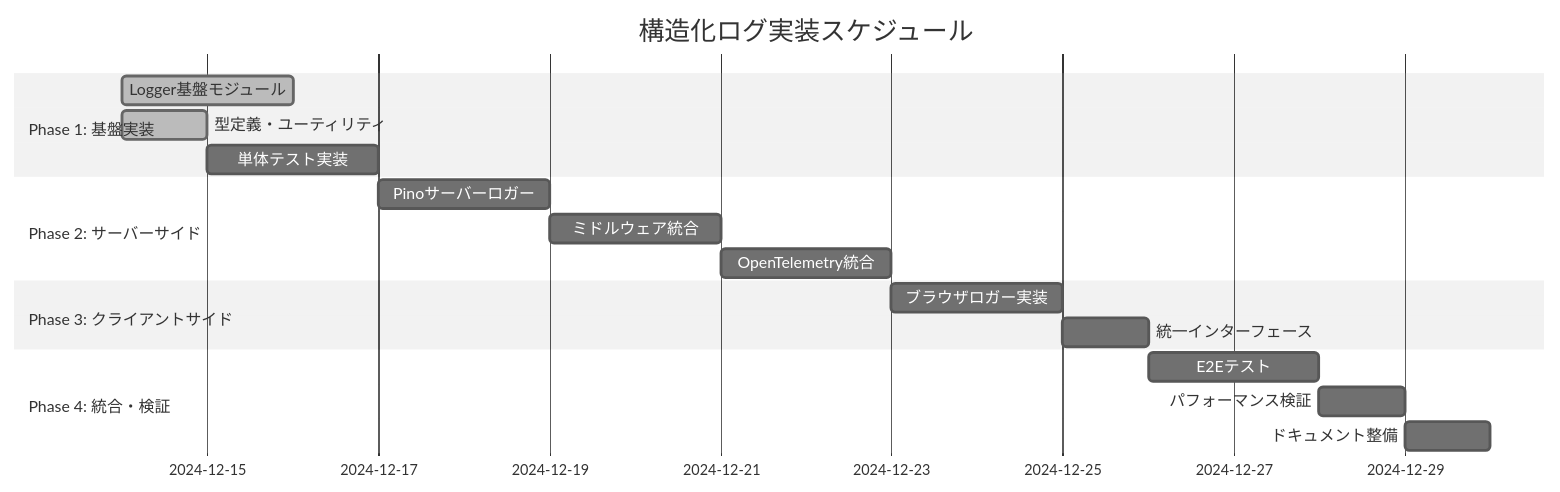
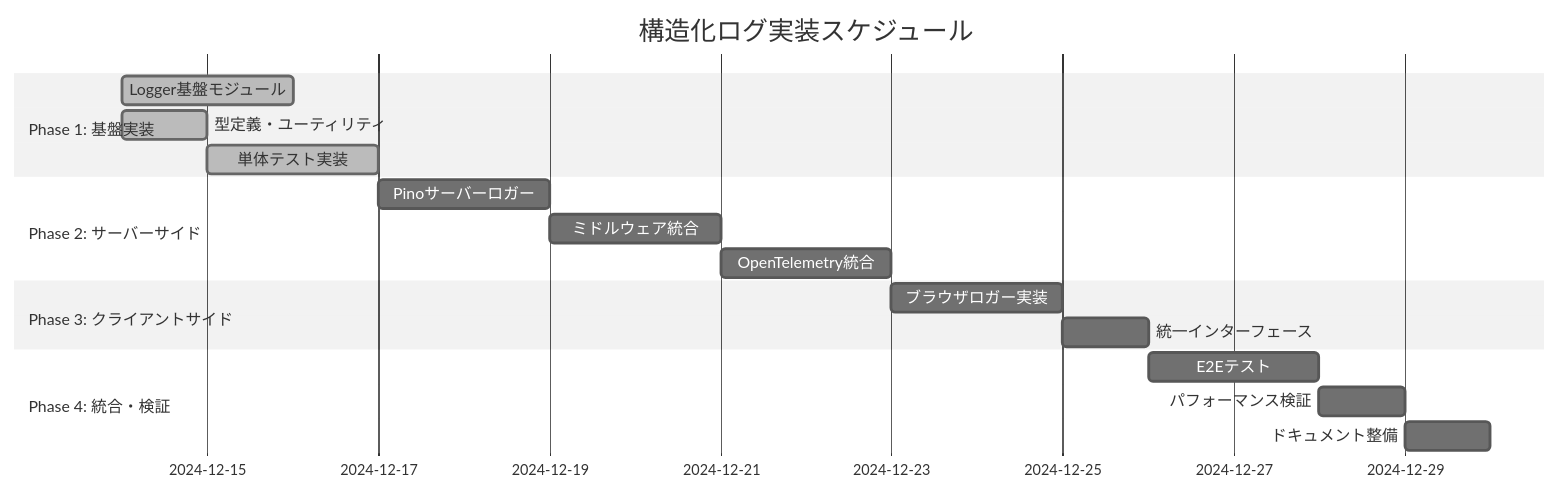
One commit to ylabo0717/nextjs-boilerplate changed the first of 2 diagrams in docs/work_dir/structured-logging-implementation-plan.md. Above: the diagram before and after it, drawn with Mermaid (neutral theme). The commit also changed other lines of this file and 14 other files, not shown here.

````diff
--- a/docs/work_dir/structured-logging-implementation-plan.md
+++ b/docs/work_dir/structured-logging-implementation-plan.md
@@ -12,23 +12,23 @@
 ```mermaid
 gantt
     title 構造化ログ実装スケジュール
     dateFormat  YYYY-MM-DD
     section Phase 1: 基盤実装
     Logger基盤モジュール     :done, p1-1, 2024-12-14, 2d
     型定義・ユーティリティ  :done, p1-2, 2024-12-14, 1d
-    単体テスト実装          :p1-3, after p1-2, 2d
+    単体テスト実装          :done, p1-3, after p1-2, 2d
 
     section Phase 2: サーバーサイド
     Pinoサーバーロガー     :p2-1, after p1-3, 2d
     ミドルウェア統合       :p2-2, after p2-1, 2d
     OpenTelemetry統合      :p2-3, after p2-2, 2d
 
     section Phase 3: クライアントサイド
     ブラウザロガー実装     :p3-1, after p2-3, 2d
     統一インターフェース   :p3-2, after p3-1, 1d
 
     section Phase 4: 統合・検証
     E2Eテスト             :p4-1, after p3-2, 2d
     パフォーマンス検証     :p4-2, after p4-1, 1d
     ドキュメント整備       :p4-3, after p4-2, 1d
 ```
````
